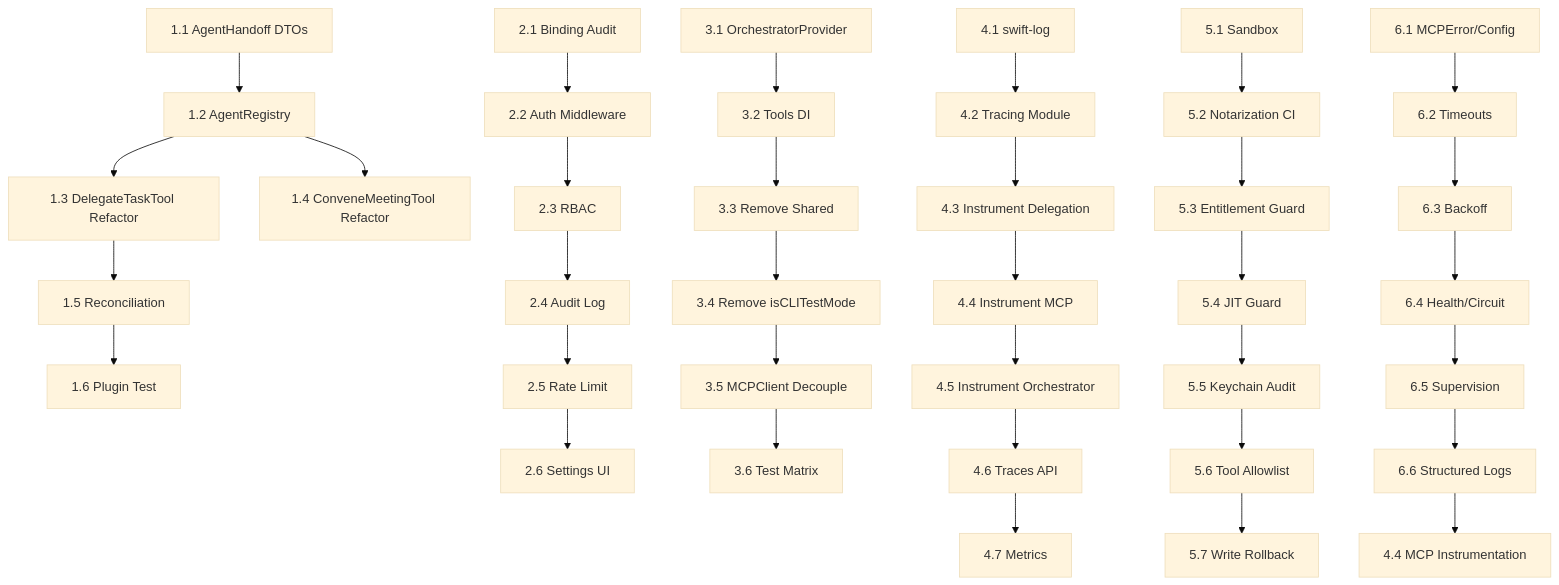
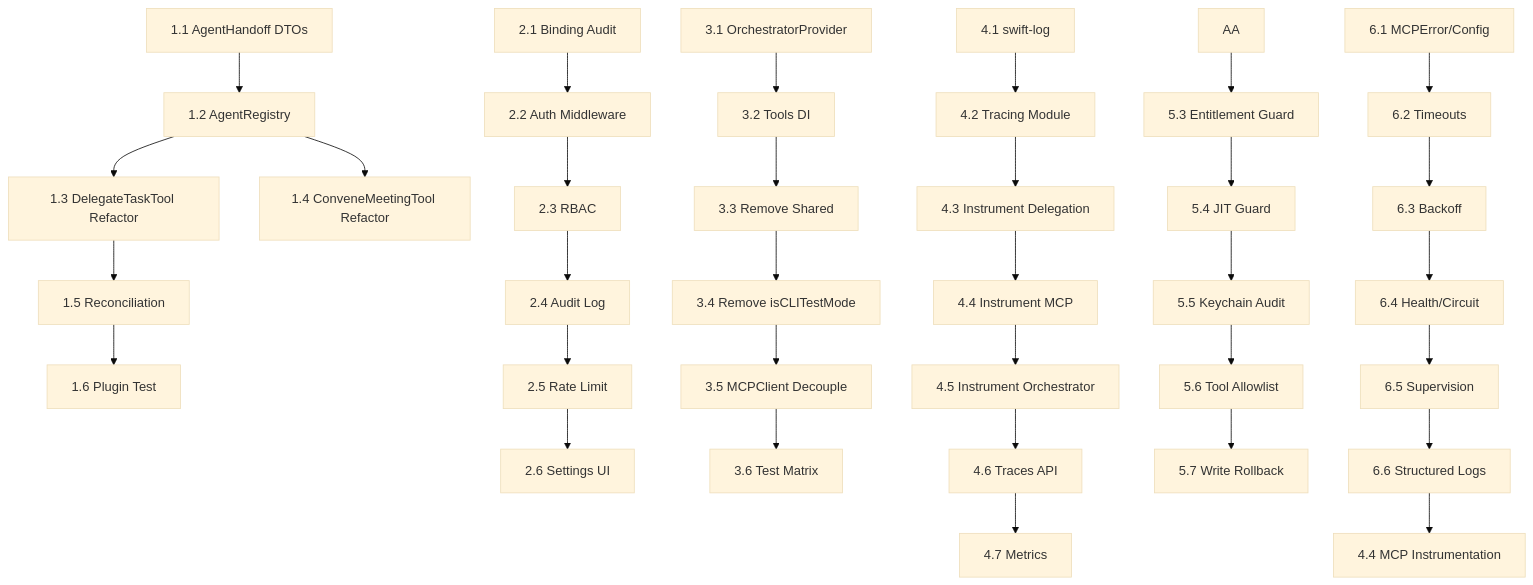
One commit to dboone323/ApexAgent changed the diagram in IMPLEMENTATION_PLAN.md. Above: the diagram before and after it, drawn with Mermaid (base theme). The commit also changed other lines of this file and 107 other files, not shown here.

````diff
--- a/IMPLEMENTATION_PLAN.md
+++ b/IMPLEMENTATION_PLAN.md
@@ -260,42 +256,41 @@
 ```mermaid
 graph TD
     A[1.1 AgentHandoff DTOs] --> B[1.2 AgentRegistry]
     B --> C[1.3 DelegateTaskTool Refactor]
     B --> D[1.4 ConveneMeetingTool Refactor]
     C --> E[1.5 Reconciliation]
     E --> F[1.6 Plugin Test]
 
     G[2.1 Binding Audit] --> H[2.2 Auth Middleware]
     H --> I[2.3 RBAC]
     I --> J[2.4 Audit Log]
     J --> K[2.5 Rate Limit]
     K --> L[2.6 Settings UI]
 
     M[3.1 OrchestratorProvider] --> N[3.2 Tools DI]
     N --> O[3.3 Remove Shared]
     O --> P[3.4 Remove isCLITestMode]
     P --> Q[3.5 MCPClient Decouple]
     Q --> R[3.6 Test Matrix]
 
     S[4.1 swift-log] --> T[4.2 Tracing Module]
     T --> U[4.3 Instrument Delegation]
     U --> V[4.4 Instrument MCP]
     V --> W[4.5 Instrument Orchestrator]
     W --> X[4.6 Traces API]
     X --> Y[4.7 Metrics]
 
-    Z[5.1 Sandbox] --> AA[5.2 Notarization CI]
     AA --> AB[5.3 Entitlement Guard]
     AB --> AC[5.4 JIT Guard]
     AC --> AD[5.5 Keychain Audit]
     AD --> AE[5.6 Tool Allowlist]
     AE --> AF[5.7 Write Rollback]
 
     AG[6.1 MCPError/Config] --> AH[6.2 Timeouts]
     AH --> AI[6.3 Backoff]
     AI --> AJ[6.4 Health/Circuit]
     AJ --> AK[6.5 Supervision]
     AK --> AL[6.6 Structured Logs]
 
     AL --> AM[4.4 MCP Instrumentation]
 ```
````
